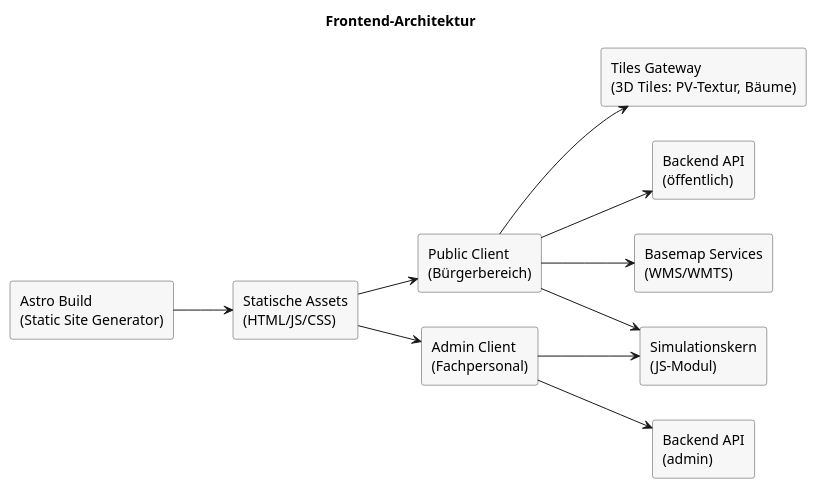
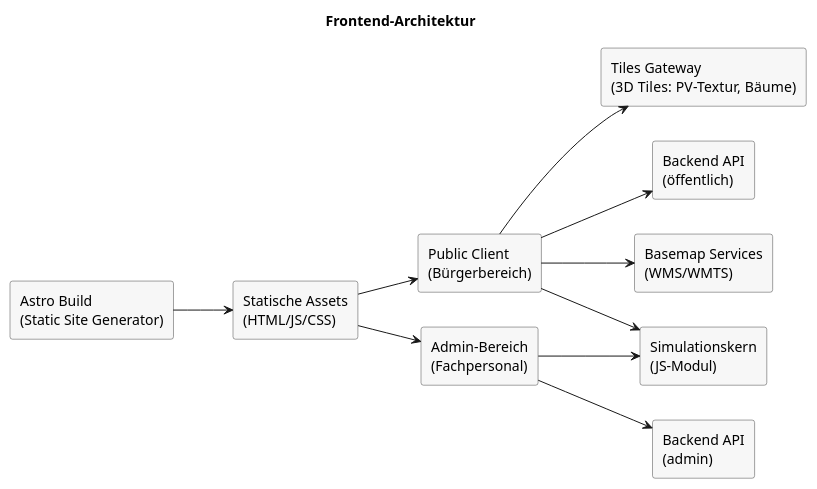
Before and after one commit to csi-FOXBYTE/Regensburg_DigitalerEnergieZwilling_Backend: the diagram in docs/architecture/raw/frontend-architecture.puml, drawn with PlantUML. The commit also changed 24 other files, not shown here.

```diff
--- a/docs/architecture/raw/frontend-architecture.puml
+++ b/docs/architecture/raw/frontend-architecture.puml
@@ -1,30 +1,30 @@
 @startuml
 left to right direction
 skinparam rectangle {
   BackgroundColor #F7F7F7
   BorderColor #444444
 }
 
 title Frontend-Architektur
 
 rectangle "Astro Build\n(Static Site Generator)" as astro
 rectangle "Statische Assets\n(HTML/JS/CSS)" as assets
 rectangle "Public Client\n(Bürgerbereich)" as public_client
-rectangle "Admin Client\n(Fachpersonal)" as admin_client
+rectangle "Admin-Bereich\n(Fachpersonal)" as admin_client
 rectangle "Simulationskern\n(JS-Modul)" as core
 rectangle "Tiles Gateway\n(3D Tiles: PV-Textur, Bäume)" as tiles
 rectangle "Backend API\n(öffentlich)" as api_public
 rectangle "Backend API\n(admin)" as api_admin
 rectangle "Basemap Services\n(WMS/WMTS)" as basemap
 
 astro --> assets
 assets --> public_client
 assets --> admin_client
 public_client --> core
 admin_client --> core
 public_client --> tiles
 public_client --> api_public
 admin_client --> api_admin
 public_client --> basemap
 
 @enduml
```
